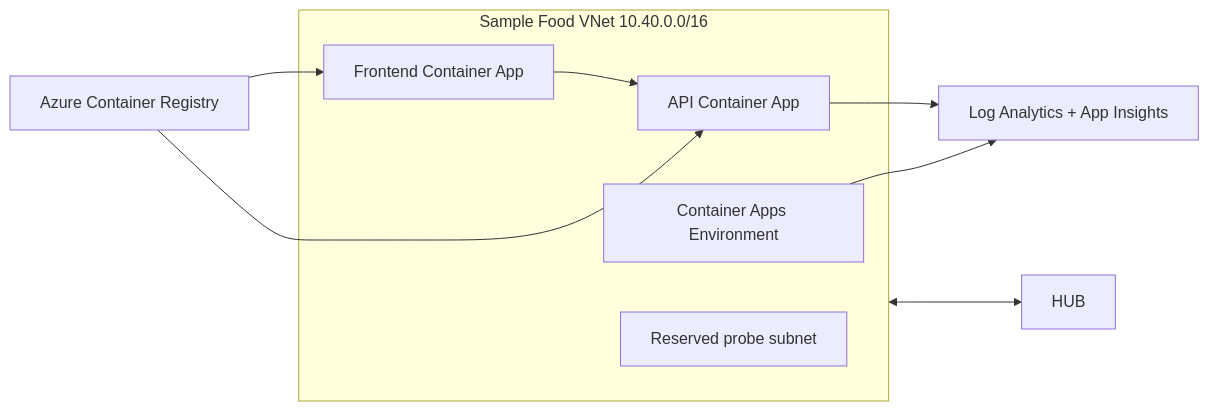
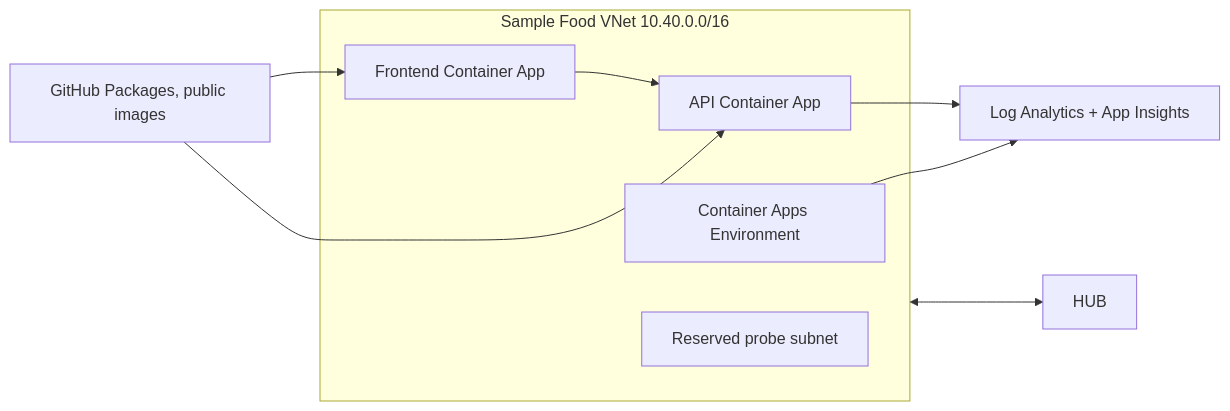
One commit to microsoft/frontier-sre-agent-rvas changed the third of 3 diagrams in Student/Resources/azure-sre-agent-config/knowledge/files/vnet-flow-logs/architecture.md. Above: the diagram before and after it, drawn with Mermaid. The commit also changed other lines of this file and 190 other files, not shown here.

````diff
--- a/Student/Resources/azure-sre-agent-config/knowledge/files/vnet-flow-logs/architecture.md
+++ b/Student/Resources/azure-sre-agent-config/knowledge/files/vnet-flow-logs/architecture.md
@@ -115,16 +115,16 @@
 ```mermaid
 flowchart LR
   subgraph FOOD[Sample Food VNet 10.40.0.0/16]
     ACAENV[Container Apps Environment]
     APIAPP[API Container App]
     FEAPP[Frontend Container App]
     PROBE[Reserved probe subnet]
   end
 
   FOOD <--> HUB
   FEAPP --> APIAPP
   APIAPP --> LAW[Log Analytics + App Insights]
   ACAENV --> LAW
-  ACR[Azure Container Registry] --> APIAPP
-  ACR --> FEAPP
+  GHCR[GitHub Packages, public images] --> APIAPP
+  GHCR --> FEAPP
 ```
````
